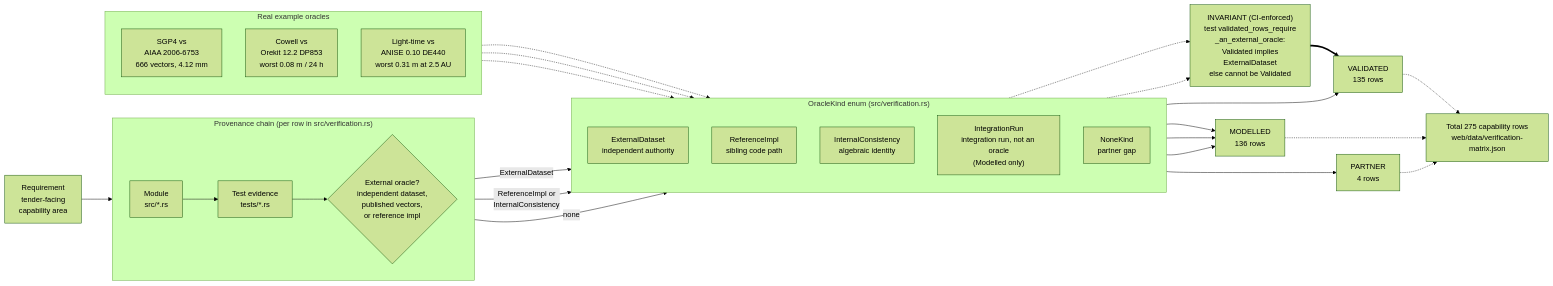
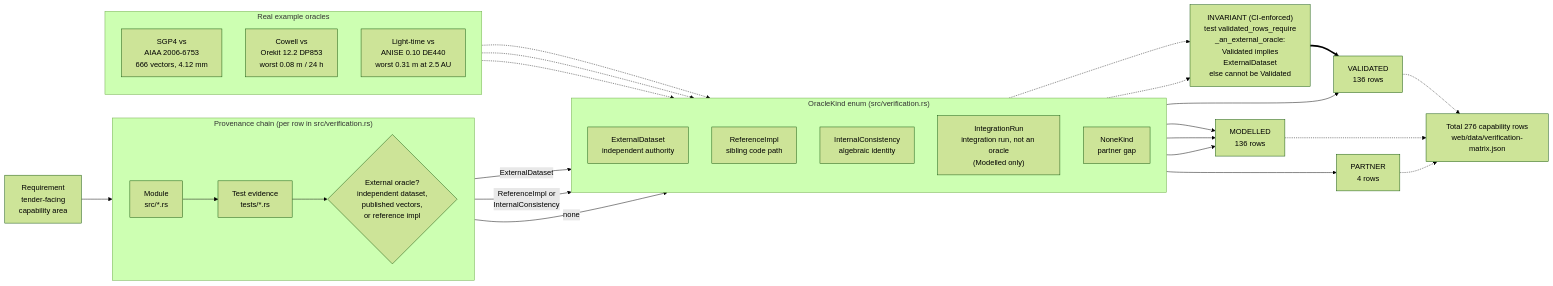
Before and after one commit to ashfordeOU/kshana: the diagram in docs/diagrams/validation-provenance.mmd, drawn with Mermaid (forest theme). The commit also changed 16 other files, not shown here.

Commit message:
ppp_real: registered WTZR result (P1-P3, D hold; Z 1.7 cm data-gated); VALIDATED ledger row; regenerate ledger, README counts, figures, provenance diagram (276: 136 V / 136 M / 4 P)

```diff
--- a/docs/diagrams/validation-provenance.mmd
+++ b/docs/diagrams/validation-provenance.mmd
@@ -1,51 +1,51 @@
 flowchart LR
     REQ["Requirement<br/>tender-facing<br/>capability area"]
 
     subgraph CHAIN["Provenance chain (per row in src/verification.rs)"]
         direction LR
         MOD["Module<br/>src/*.rs"]
         TST["Test evidence<br/>tests/*.rs"]
         ORA{"External oracle?<br/>independent dataset,<br/>published vectors,<br/>or reference impl"}
     end
 
     REQ --> MOD --> TST --> ORA
 
     subgraph KINDS["OracleKind enum (src/verification.rs)"]
         direction TD
         EXT["ExternalDataset<br/>independent authority"]
         REF["ReferenceImpl<br/>sibling code path"]
         INT["InternalConsistency<br/>algebraic identity"]
         IRN["IntegrationRun<br/>integration run, not an oracle<br/>(Modelled only)"]
         NON["NoneKind<br/>partner gap"]
     end
 
     ORA -->|ExternalDataset| EXT
     ORA -->|"ReferenceImpl or<br/>InternalConsistency"| INT
     ORA -->|none| NON
 
     GUARD["INVARIANT (CI-enforced)<br/>test validated_rows_require<br/>_an_external_oracle:<br/>Validated implies<br/>ExternalDataset<br/>else cannot be Validated"]
     EXT -.-> GUARD
     INT -.-> GUARD
 
-    EXT --> VAL["VALIDATED<br/>135 rows"]
+    EXT --> VAL["VALIDATED<br/>136 rows"]
     REF --> MDL["MODELLED<br/>136 rows"]
     INT --> MDL
     IRN --> MDL
     NON --> PRT["PARTNER<br/>4 rows"]
     GUARD ==> VAL
 
     subgraph EX["Real example oracles"]
         direction TD
         E1["SGP4 vs<br/>AIAA 2006-6753<br/>666 vectors, 4.12 mm"]
         E2["Cowell vs<br/>Orekit 12.2 DP853<br/>worst 0.08 m / 24 h"]
         E3["Light-time vs<br/>ANISE 0.10 DE440<br/>worst 0.31 m at 2.5 AU"]
     end
 
     E1 -.-> EXT
     E2 -.-> EXT
     E3 -.-> EXT
 
-    TOTAL["Total 275 capability rows<br/>web/data/verification-matrix.json"]
+    TOTAL["Total 276 capability rows<br/>web/data/verification-matrix.json"]
     VAL -.-> TOTAL
     MDL -.-> TOTAL
     PRT -.-> TOTAL
```
